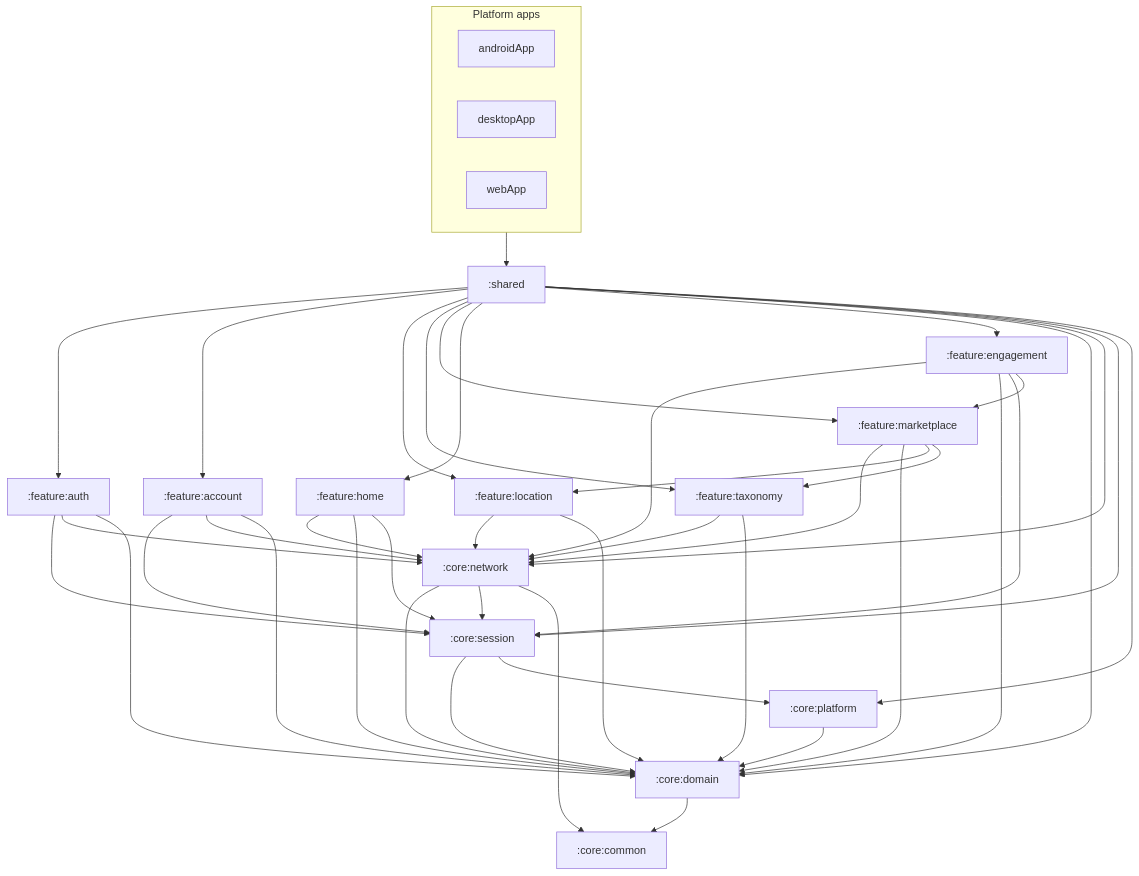
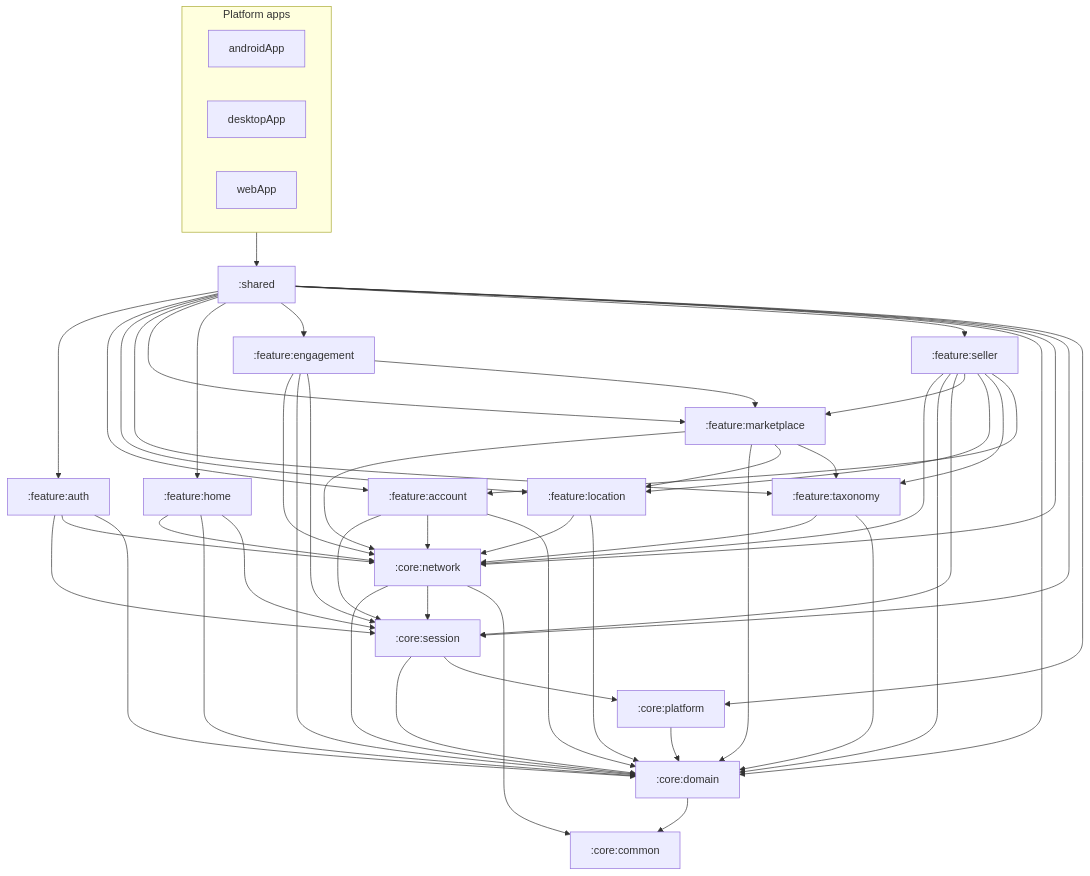
One commit to cavidyrm/vitran-frontend changed the diagram in docs/dependency-rules.md. Above: the diagram before and after it, drawn with Mermaid. The commit also changed other lines of this file and 50 other files, not shown here.

First line of the commit message:
Implement Phase 7 seller shop management with first-shop session upgrade.

````diff
--- a/docs/dependency-rules.md
+++ b/docs/dependency-rules.md
@@ -7,63 +7,72 @@
 ```mermaid
 flowchart TB
   subgraph apps [Platform apps]
     androidApp
     desktopApp
     webApp
   end
 
   sharedMod[":shared"]
   featAuth[":feature:auth"]
   featAccount[":feature:account"]
   featLocation[":feature:location"]
   featTaxonomy[":feature:taxonomy"]
   featMarketplace[":feature:marketplace"]
   featHome[":feature:home"]
   featEngagement[":feature:engagement"]
+  featSeller[":feature:seller"]
   coreDomain[":core:domain"]
   coreNetwork[":core:network"]
   coreSession[":core:session"]
   corePlatform[":core:platform"]
   coreCommon[":core:common"]
 
   apps --> sharedMod
   sharedMod --> featAuth
   sharedMod --> featAccount
   sharedMod --> featLocation
   sharedMod --> featTaxonomy
   sharedMod --> featMarketplace
   sharedMod --> featHome
   sharedMod --> featEngagement
+  sharedMod --> featSeller
   sharedMod --> coreDomain
   sharedMod --> coreNetwork
   sharedMod --> coreSession
   sharedMod --> corePlatform
   featAuth --> coreSession
   featAuth --> coreNetwork
   featAuth --> coreDomain
   featAccount --> coreSession
   featAccount --> coreNetwork
   featAccount --> coreDomain
   featLocation --> coreNetwork
   featLocation --> coreDomain
   featTaxonomy --> coreNetwork
   featTaxonomy --> coreDomain
   featMarketplace --> coreNetwork
   featMarketplace --> coreDomain
   featMarketplace --> featLocation
   featMarketplace --> featTaxonomy
   featHome --> coreNetwork
   featHome --> coreDomain
   featHome --> coreSession
   featEngagement --> coreNetwork
   featEngagement --> coreDomain
   featEngagement --> coreSession
   featEngagement --> featMarketplace
+  featSeller --> coreNetwork
+  featSeller --> coreDomain
+  featSeller --> coreSession
+  featSeller --> featMarketplace
+  featSeller --> featLocation
+  featSeller --> featTaxonomy
+  featSeller --> featAccount
   coreNetwork --> coreDomain
   coreNetwork --> coreSession
   coreNetwork --> coreCommon
   coreSession --> coreDomain
   coreSession --> corePlatform
   corePlatform --> coreDomain
   coreDomain --> coreCommon
 ```
````
